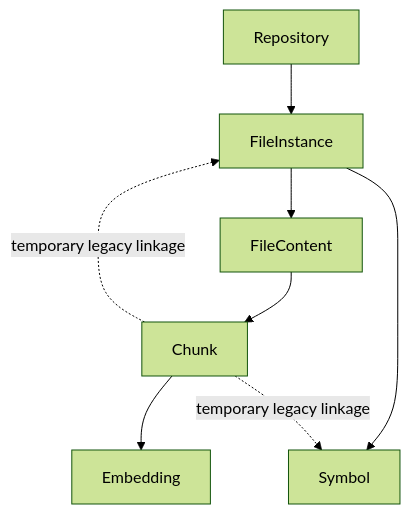
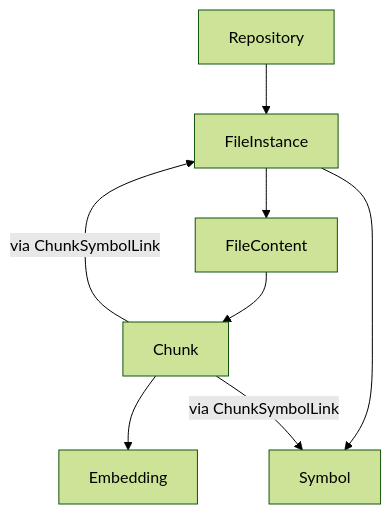
One commit to ncsaba/Axon.MCP.Server changed the diagram in docs/architecture/retrieval_parallel_alignment_note.md. Above: the diagram before and after it, drawn with Mermaid (forest theme). The commit also changed other lines of this file and 90 other files, not shown here.

Commit message:
Finalize file content separation and validate reset schema

````diff
--- a/docs/architecture/retrieval_parallel_alignment_note.md
+++ b/docs/architecture/retrieval_parallel_alignment_note.md
@@ -35,18 +35,18 @@
 ```mermaid
 flowchart TD
     R[Repository]
     FI[FileInstance]
     FC[FileContent]
     S[Symbol]
     C[Chunk]
     E[Embedding]
 
     R --> FI
     FI --> FC
     FI --> S
     FC --> C
     C --> E
 
-    C -. temporary legacy linkage .-> S
-    C -. temporary legacy linkage .-> FI
+    C -->|via ChunkSymbolLink| S
+    C -->|via ChunkSymbolLink| FI
 ```
````
